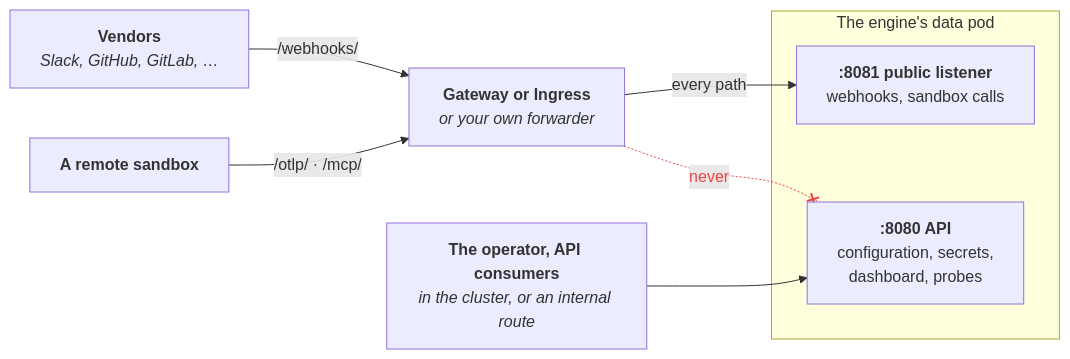
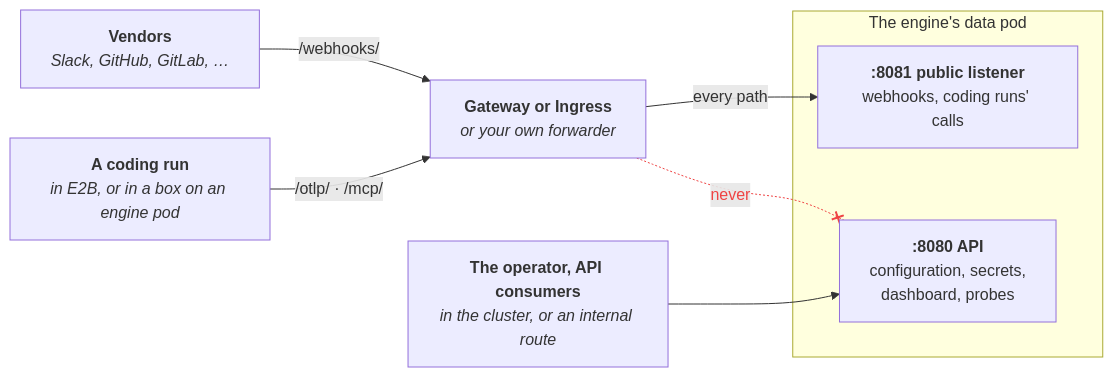
Before and after one commit to crewlet/crewlet-operator: the first of 2 diagrams in docs/guides/exposure.md, drawn with Mermaid. The commit also changed other lines of this file and 118 other files, not shown here.

````diff
--- a/docs/guides/exposure.md
+++ b/docs/guides/exposure.md
@@ -21,15 +20,15 @@
 ```mermaid
 flowchart LR
     V["<b>Vendors</b><br/><i>Slack, GitHub, GitLab, …</i>"] -->|"/webhooks/"| GW
-    SB["<b>A remote sandbox</b>"] -->|"/otlp/ · /mcp/"| GW
+    SB["<b>A coding run</b><br/><i>in E2B, or in a box on an engine pod</i>"] -->|"/otlp/ · /mcp/"| GW
     GW["<b>Gateway or Ingress</b><br/><i>or your own forwarder</i>"]
     IN["<b>The operator, API consumers</b><br/><i>in the cluster, or an internal route</i>"]
     subgraph pod["The engine's data pod"]
-        PUB["<b>:8081 public listener</b><br/>webhooks, sandbox calls"]
+        PUB["<b>:8081 public listener</b><br/>webhooks, coding runs' calls"]
         API["<b>:8080 API</b><br/>configuration, secrets,<br/>dashboard, probes"]
     end
     GW -->|every path| PUB
     IN --> API
     GW -.-x|never| API
     linkStyle 4 stroke:#ef4444,color:#ef4444
 ```
````
